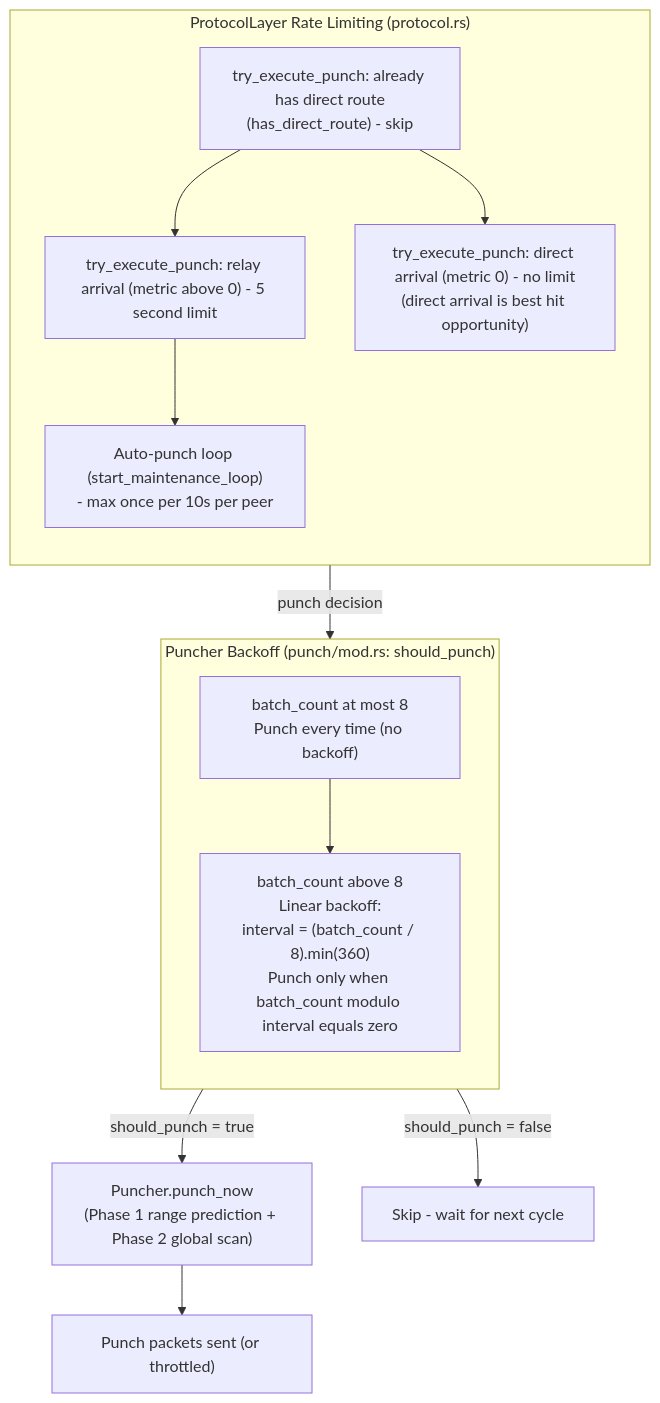
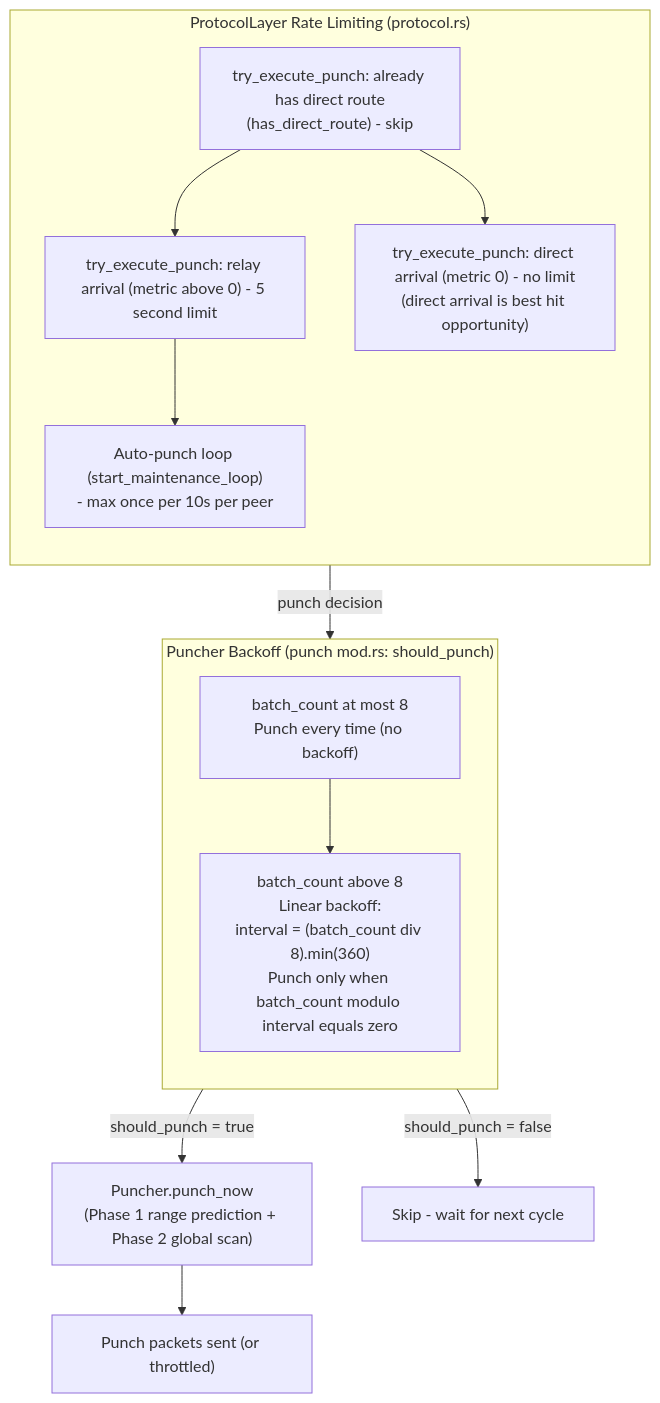
One commit to rustp2p/rustp2p changed diagram 15 of 27 in docs/nat-punch-principles.md. Above: the diagram before and after it, drawn with Mermaid. The commit also changed other lines of this file, not shown here.

Commit message:
docs: fix remaining mermaid rendering errors in sections 5.3, 6, and 8

````diff
--- a/docs/nat-punch-principles.md
+++ b/docs/nat-punch-principles.md
@@ -498,25 +498,29 @@
 ```mermaid
 flowchart TD
+    EXEC["Puncher.punch_now<br/>(Phase 1 range prediction + Phase 2 global scan)"]
+    NOP["Skip - wait for next cycle"]
+    DONE["Punch packets sent (or throttled)"]
+
     subgraph PL["ProtocolLayer Rate Limiting (protocol.rs)"]
         direction TB
         DIRECT["try_execute_punch: already has direct route<br/>(has_direct_route) - skip"]
         RELAY["try_execute_punch: relay arrival (metric above 0) - 5 second limit"]
         DIRECT_PUNCH["try_execute_punch: direct arrival (metric 0) - no limit<br/>(direct arrival is best hit opportunity)"]
         AUTO["Auto-punch loop (start_maintenance_loop)<br/>- max once per 10s per peer"]
         DIRECT --> RELAY
         DIRECT --> DIRECT_PUNCH
         RELAY --> AUTO
     end
 
-    subgraph PU["Puncher Backoff (punch/mod.rs: should_punch)"]
+    subgraph PU["Puncher Backoff (punch mod.rs: should_punch)"]
         direction TB
         FIRST["batch_count at most 8<br/>Punch every time (no backoff)"]
-        BACK["batch_count above 8<br/>Linear backoff:<br/>interval = (batch_count / 8).min(360)<br/>Punch only when batch_count modulo interval equals zero"]
+        BACK["batch_count above 8<br/>Linear backoff:<br/>interval = (batch_count div 8).min(360)<br/>Punch only when batch_count modulo interval equals zero"]
         FIRST --> BACK
     end
 
     PL -->|"punch decision"| PU
-    PU -->|"should_punch = true"| EXEC["Puncher.punch_now<br/>(Phase 1 range prediction + Phase 2 global scan)"]
-    PU -->|"should_punch = false"| NOP["Skip - wait for next cycle"]
-    EXEC --> DONE["Punch packets sent (or throttled)"]
+    PU -->|"should_punch = true"| EXEC
+    PU -->|"should_punch = false"| NOP
+    EXEC --> DONE
 ```
````
